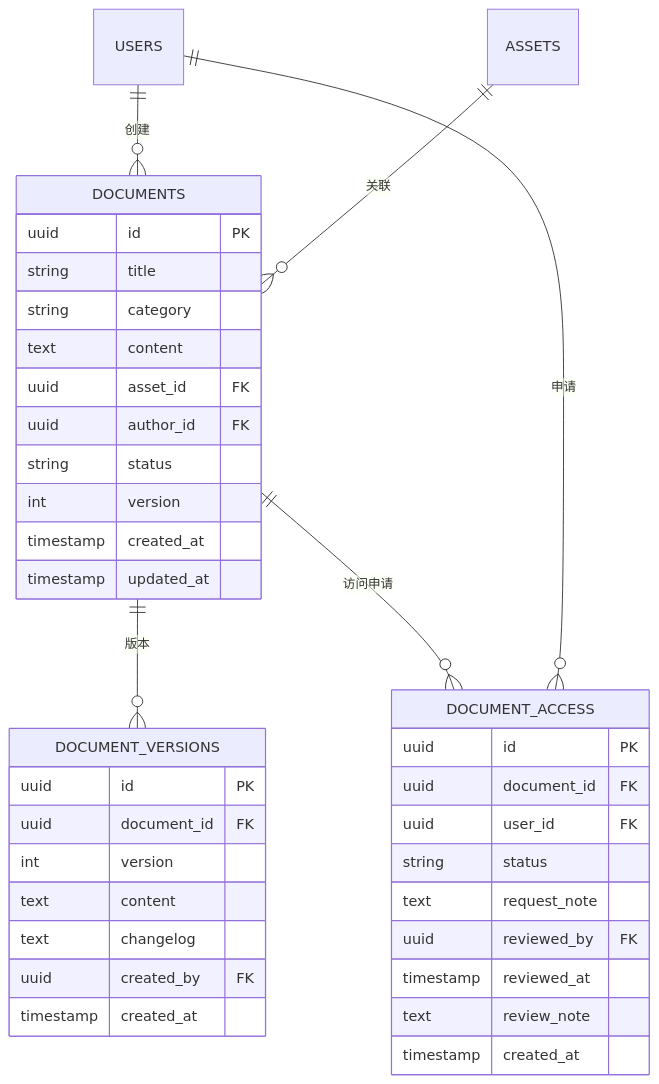
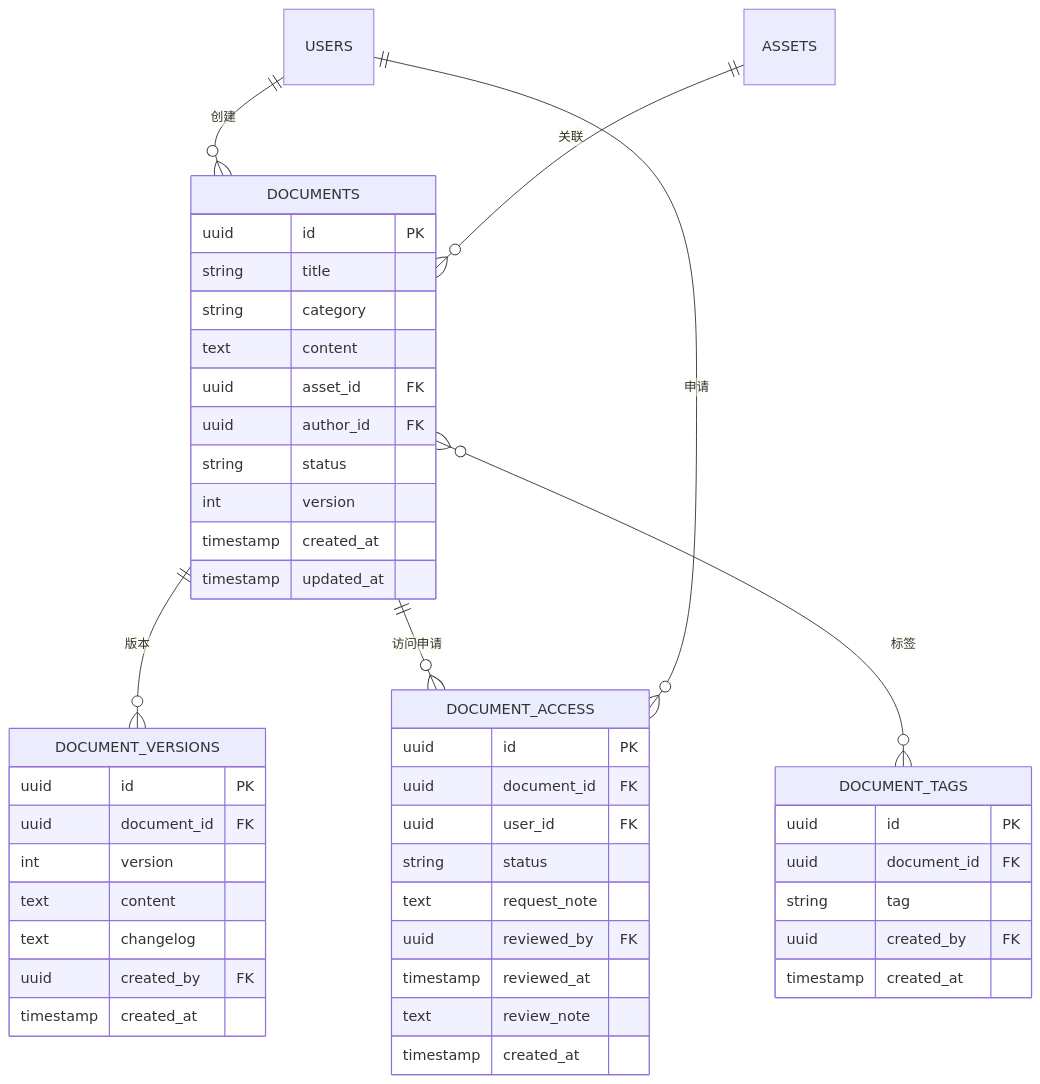
One commit to dayutech/Vuln-Audit-Lifecycle-Management changed the third of 11 diagrams in docs/design/er_diagram.md. Above: the diagram before and after it, drawn with Mermaid. The commit also changed other lines of this file and 46 other files, not shown here.

````diff
--- a/docs/design/er_diagram.md
+++ b/docs/design/er_diagram.md
@@ -240,43 +305,52 @@
 ```mermaid
 erDiagram
     USERS ||--o{ DOCUMENTS : "创建"
     ASSETS ||--o{ DOCUMENTS : "关联"
     DOCUMENTS ||--o{ DOCUMENT_VERSIONS : "版本"
     DOCUMENTS ||--o{ DOCUMENT_ACCESS : "访问申请"
+    DOCUMENTS }o--o{ DOCUMENT_TAGS : "标签"
     USERS ||--o{ DOCUMENT_ACCESS : "申请"
     
     DOCUMENTS {
         uuid id PK
         string title
         string category
         text content
         uuid asset_id FK
         uuid author_id FK
         string status
         int version
         timestamp created_at
         timestamp updated_at
     }
     
     DOCUMENT_VERSIONS {
         uuid id PK
         uuid document_id FK
         int version
         text content
         text changelog
         uuid created_by FK
         timestamp created_at
     }
     
     DOCUMENT_ACCESS {
         uuid id PK
         uuid document_id FK
         uuid user_id FK
         string status
         text request_note
         uuid reviewed_by FK
         timestamp reviewed_at
         text review_note
         timestamp created_at
     }
+    
+    DOCUMENT_TAGS {
+        uuid id PK
+        uuid document_id FK
+        string tag
+        uuid created_by FK
+        timestamp created_at
+    }
 ```
````
